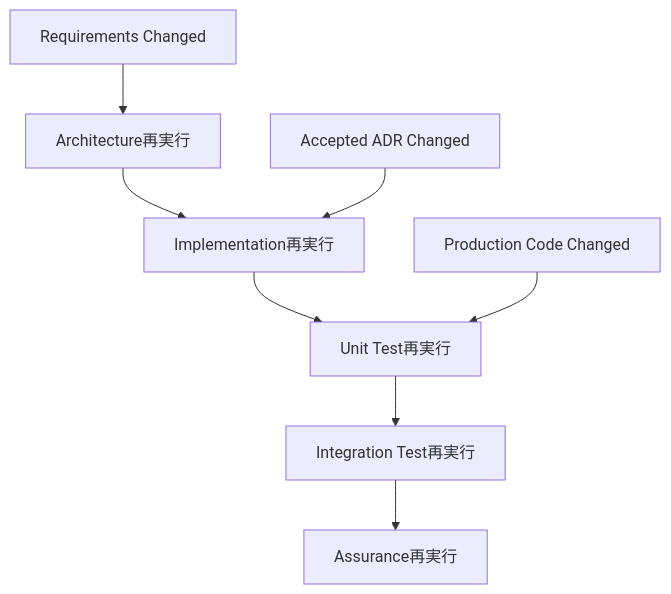
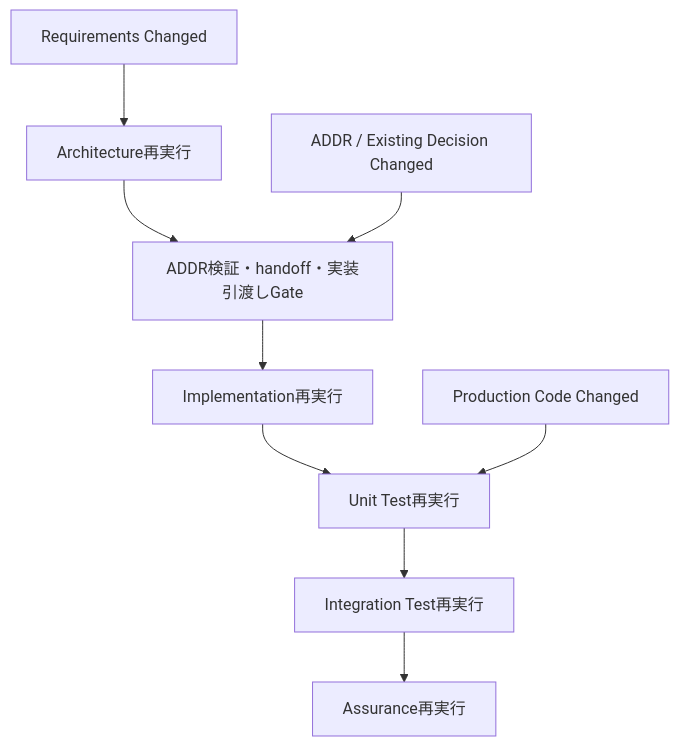
Before and after one commit to shun-sa/ai-sdlc-copilot: the tenth of 10 diagrams in docs/ai-sdlc/agent-framework-guide.md, drawn with Mermaid. The commit also changed other lines of this file and 16 other files, not shown here.

````diff
--- a/docs/ai-sdlc/agent-framework-guide.md
+++ b/docs/ai-sdlc/agent-framework-guide.md
@@ -749,16 +775,17 @@
 ```mermaid
 flowchart TD
     R[Requirements Changed]
-    A[Accepted ADR Changed]
+    A[ADDR / Existing Decision Changed]
     I[Production Code Changed]
 
     RA[Architecture再実行]
+    DA[ADDR検証・handoff・実装引渡しGate]
     AI[Implementation再実行]
     UT[Unit Test再実行]
     IT[Integration Test再実行]
     AS[Assurance再実行]
 
-    R --> RA --> AI --> UT --> IT --> AS
-    A --> AI
+    R --> RA --> DA --> AI --> UT --> IT --> AS
+    A --> DA
     I --> UT
 ```
````
